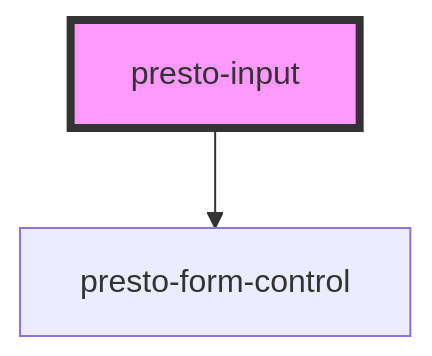
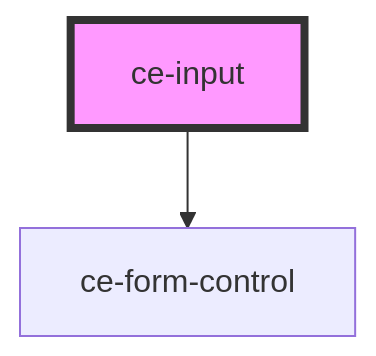
The diagram in packages/components/src/components/ui/input/readme.md (surecart/surecart-wp-plugin), drawn with Mermaid before and after one commit. The commit also changed other lines of this file and 292 other files, not shown here.

````diff
--- a/packages/components/src/components/ui/input/readme.md
+++ b/packages/components/src/components/ui/input/readme.md
@@ -98,5 +87,5 @@
 ```mermaid
 graph TD;
-  presto-input --> presto-form-control
-  style presto-input fill:#f9f,stroke:#333,stroke-width:4px
+  ce-input --> ce-form-control
+  style ce-input fill:#f9f,stroke:#333,stroke-width:4px
 ```
````
